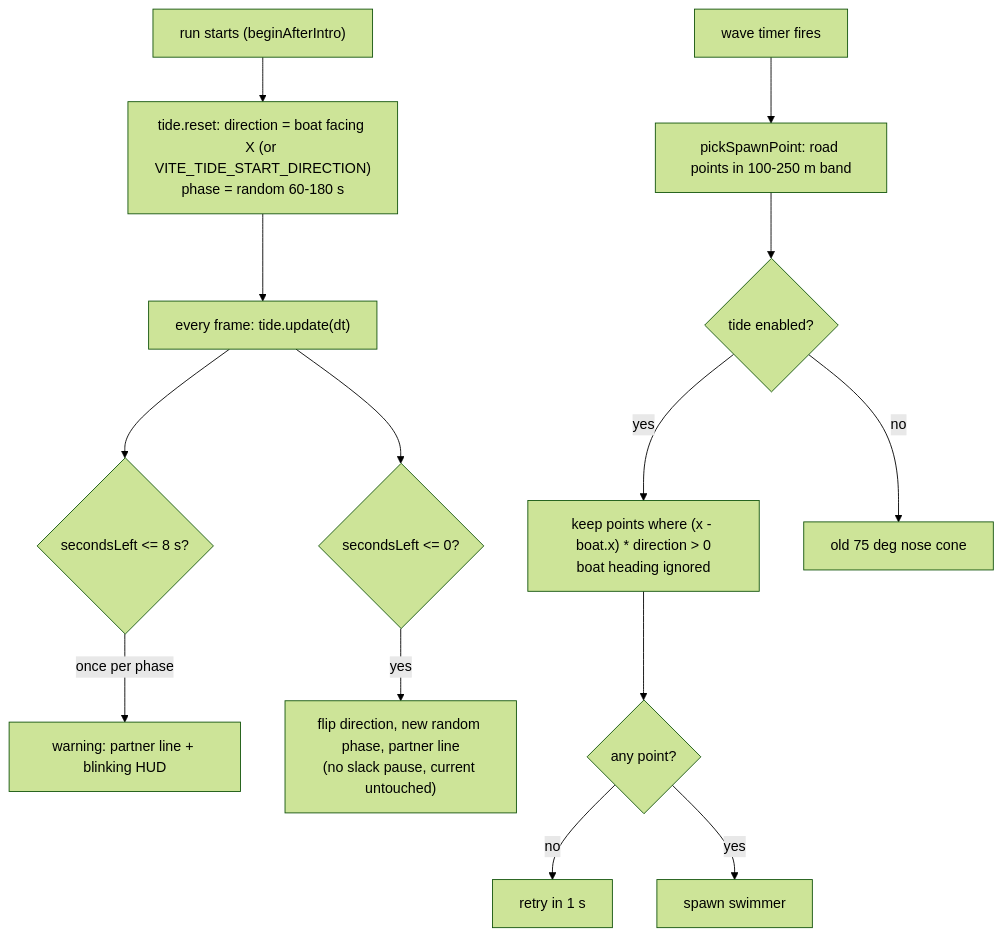
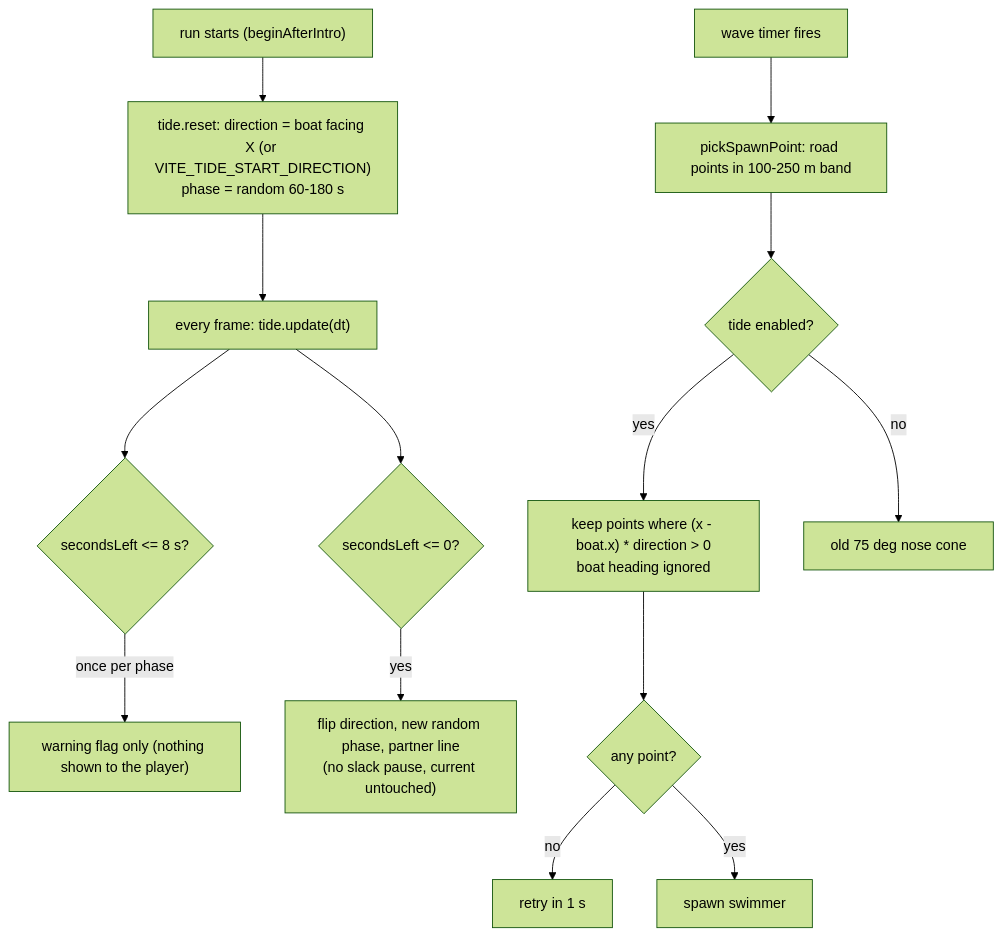
One commit to Protosnake/veslo changed the diagram in docs/features/40-tide-spawning.md. Above: the diagram before and after it, drawn with Mermaid (forest theme). The commit also changed other lines of this file and 14 other files, not shown here.

````diff
--- a/docs/features/40-tide-spawning.md
+++ b/docs/features/40-tide-spawning.md
@@ -5,16 +5,16 @@
 ```mermaid
 flowchart TD
     A["run starts (beginAfterIntro)"] --> B["tide.reset: direction = boat facing X (or VITE_TIDE_START_DIRECTION)<br/>phase = random 60-180 s"]
     B --> C["every frame: tide.update(dt)"]
     C --> D{"secondsLeft <= 8 s?"}
-    D -->|"once per phase"| E["warning: partner line + blinking HUD"]
+    D -->|"once per phase"| E["warning flag only (nothing shown to the player)"]
     C --> F{"secondsLeft <= 0?"}
     F -->|yes| G["flip direction, new random phase, partner line<br/>(no slack pause, current untouched)"]
     H["wave timer fires"] --> I["pickSpawnPoint: road points in 100-250 m band"]
     I --> J{"tide enabled?"}
     J -->|yes| K["keep points where (x - boat.x) * direction > 0<br/>boat heading ignored"]
     J -->|no| L["old 75 deg nose cone"]
     K --> M{"any point?"}
     M -->|no| N["retry in 1 s"]
     M -->|yes| O["spawn swimmer"]
 ```
````
